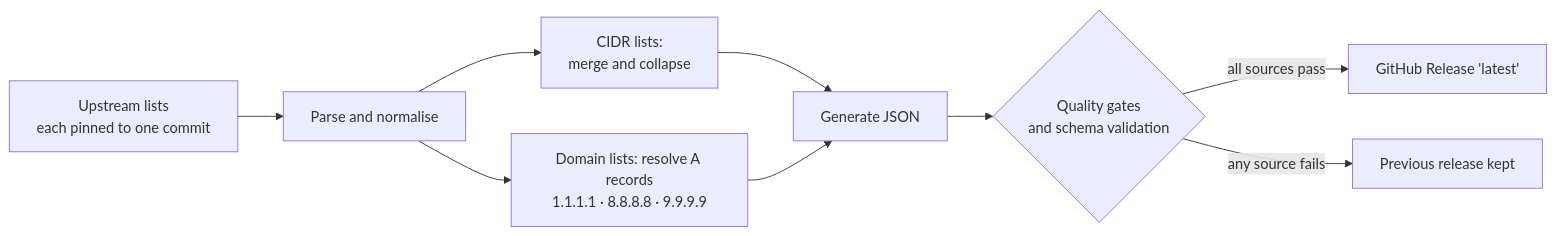
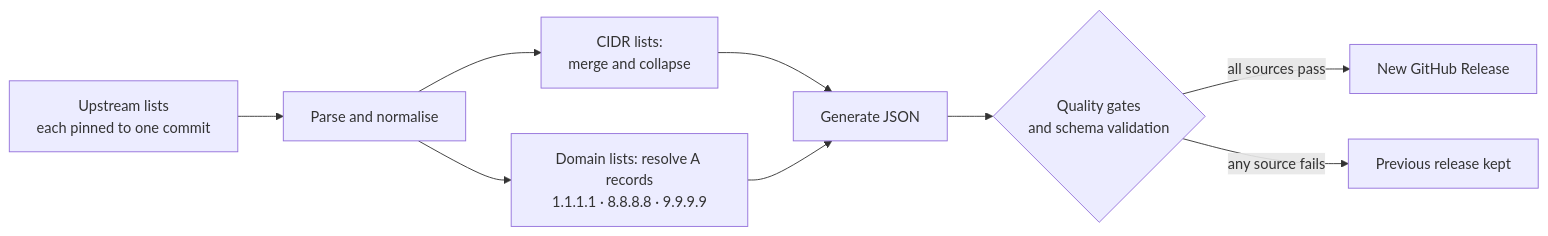
Before and after one commit to shidevil/amnezia-china-split-tunnel: the diagram in README.md, drawn with Mermaid. The commit also changed other lines of this file and 6 other files, not shown here.

````diff
--- a/README.md
+++ b/README.md
@@ -235,11 +237,11 @@
 ```mermaid
 flowchart LR
     A["Upstream lists<br/>each pinned to one commit"] --> B["Parse and normalise"]
     B --> C["CIDR lists:<br/>merge and collapse"]
     B --> D["Domain lists: resolve A records<br/>1.1.1.1 · 8.8.8.8 · 9.9.9.9"]
     C --> E["Generate JSON"]
     D --> E
     E --> F{"Quality gates<br/>and schema validation"}
-    F -->|"all sources pass"| G["GitHub Release 'latest'"]
+    F -->|"all sources pass"| G["New GitHub Release"]
     F -->|"any source fails"| H["Previous release kept"]
 ```
````
